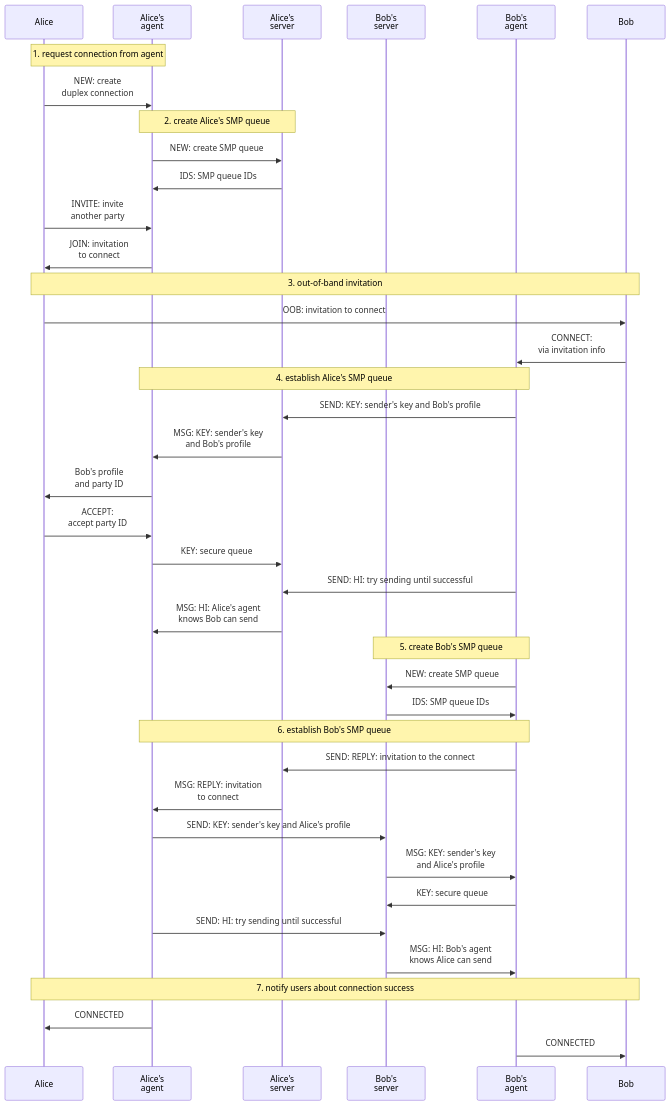
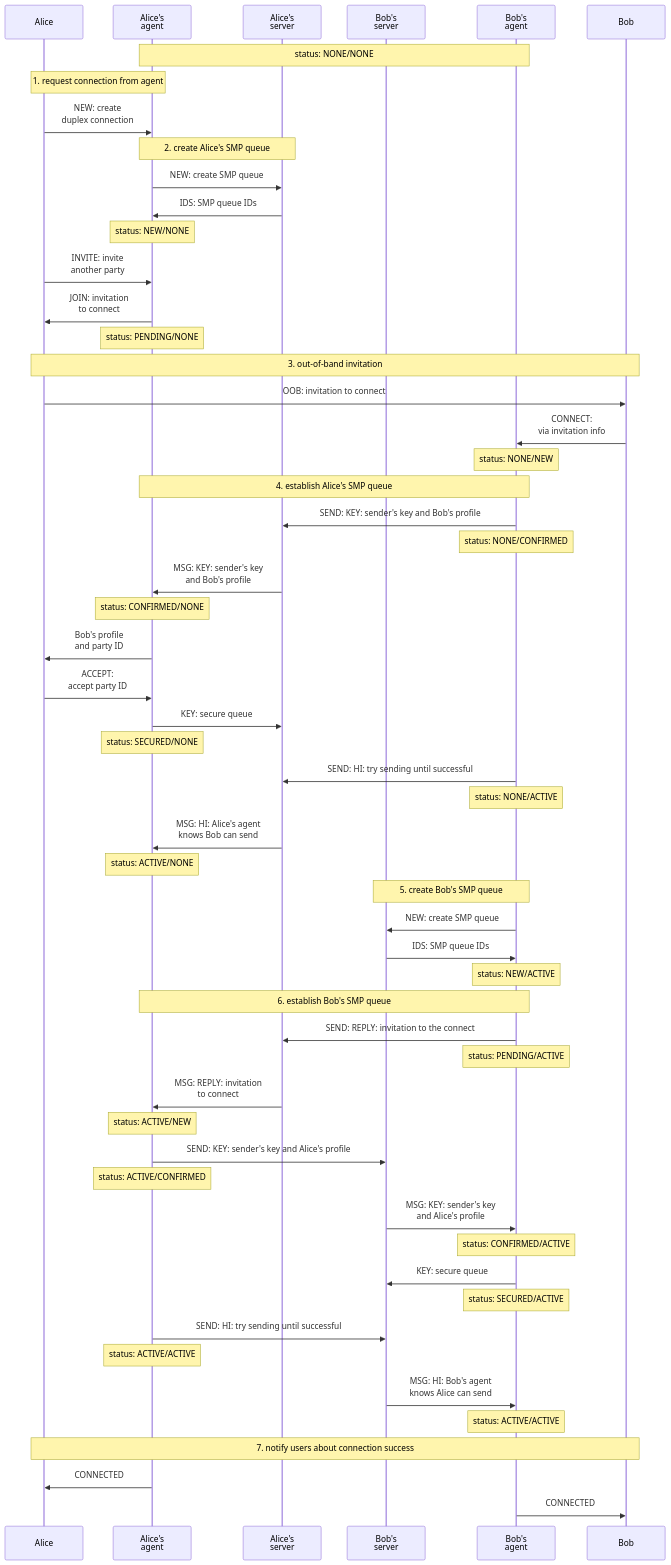
The diagram in diagrams/duplex-messaging/duplex-creating.mmd (simplex-chat/simplex-chat), drawn with Mermaid before and after one commit. The commit also changed 1 other file, not shown here.

Commit message:
add queue statuses to the diagram

```diff
--- a/diagrams/duplex-messaging/duplex-creating.mmd
+++ b/diagrams/duplex-messaging/duplex-creating.mmd
@@ -1,50 +1,68 @@
 sequenceDiagram
   participant A as Alice
   participant AA as Alice's<br>agent
   participant AS as Alice's<br>server
   participant BS as Bob's<br>server
   participant BA as Bob's<br>agent
   participant B as Bob
 
+  note over AA, BA: status: NONE/NONE
+
   note over A, AA: 1. request connection from agent
   A ->> AA: NEW: create<br>duplex connection
-
+ 
   note over AA, AS: 2. create Alice's SMP queue
   AA ->> AS: NEW: create SMP queue
   AS ->> AA: IDS: SMP queue IDs
+  note over AA: status: NEW/NONE
 
   A ->> AA: INVITE: invite<br>another party
   AA ->> A: JOIN: invitation<br>to connect
+  note over AA: status: PENDING/NONE
 
   note over A, B: 3. out-of-band invitation
   A ->> B: OOB: invitation to connect
   B ->> BA: CONNECT:<br>via invitation info
+  note over BA: status: NONE/NEW
 
   note over BA, AA: 4. establish Alice's SMP queue
   BA ->> AS: SEND: KEY: sender's key and Bob's profile
+  note over BA: status: NONE/CONFIRMED
   AS ->> AA: MSG: KEY: sender's key<br>and Bob's profile
+  note over AA: status: CONFIRMED/NONE
   AA ->> A: Bob's profile<br>and party ID
   A ->> AA: ACCEPT:<br>accept party ID
   AA ->> AS: KEY: secure queue
+  note over AA: status: SECURED/NONE
 
   BA ->> AS: SEND: HI: try sending until successful
+  note over BA: status: NONE/ACTIVE
   AS ->> AA: MSG: HI: Alice's agent<br>knows Bob can send
+  note over AA: status: ACTIVE/NONE
 
   note over BA, BS: 5. create Bob's SMP queue
   BA ->> BS: NEW: create SMP queue
   BS ->> BA: IDS: SMP queue IDs
+  note over BA: status: NEW/ACTIVE
 
   note over AA, BA: 6. establish Bob's SMP queue
   BA ->> AS: SEND: REPLY: invitation to the connect
+  note over BA: status: PENDING/ACTIVE
   AS ->> AA: MSG: REPLY: invitation<br>to connect
+  note over AA: status: ACTIVE/NEW
 
   AA ->> BS: SEND: KEY: sender's key and Alice's profile
+  note over AA: status: ACTIVE/CONFIRMED
   BS ->> BA: MSG: KEY: sender's key<br>and Alice's profile
+  note over BA: status: CONFIRMED/ACTIVE
   BA ->> BS: KEY: secure queue
+  note over BA: status: SECURED/ACTIVE
 
   AA ->> BS: SEND: HI: try sending until successful
+  note over AA: status: ACTIVE/ACTIVE
   BS ->> BA: MSG: HI: Bob's agent<br>knows Alice can send
+  note over BA: status: ACTIVE/ACTIVE
 
   note over A, B: 7. notify users about connection success
   AA ->> A: CONNECTED
   BA ->> B: CONNECTED
```
